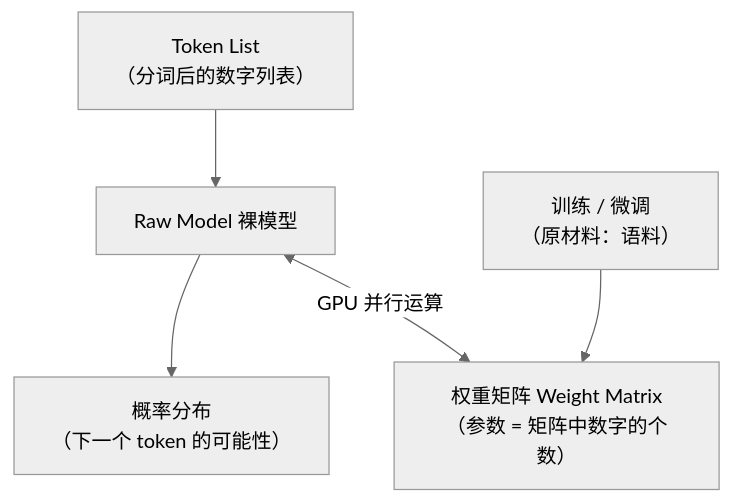
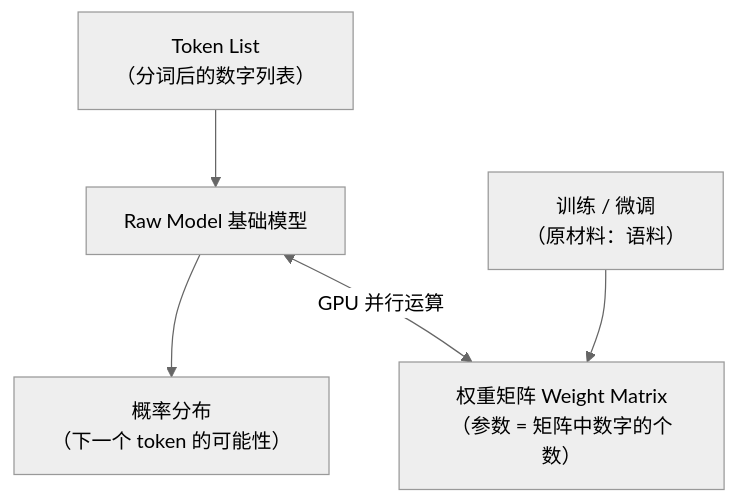
Before and after one commit to xjq11029/my-notes-and-utils: the diagram in docs/大模型与神经网络原理笔记/ch01_raw_model.md, drawn with Mermaid (neutral theme). The commit also changed other lines of this file and 63 other files, not shown here.

````diff
--- a/docs/大模型与神经网络原理笔记/ch01_raw_model.md
+++ b/docs/大模型与神经网络原理笔记/ch01_raw_model.md
@@ -115,7 +138,7 @@
 ```mermaid
 graph TD
-    A["Token List<br/>（分词后的数字列表）"] --> B["Raw Model 裸模型"]
+    A["Token List<br/>（分词后的数字列表）"] --> B["Raw Model 基础模型"]
     B --> C["概率分布<br/>（下一个 token 的可能性）"]
     B <-->|"GPU 并行运算"| D["权重矩阵 Weight Matrix<br/>（参数 = 矩阵中数字的个数）"]
     E["训练 / 微调<br/>（原材料：语料）"] --> D
 ```
````
